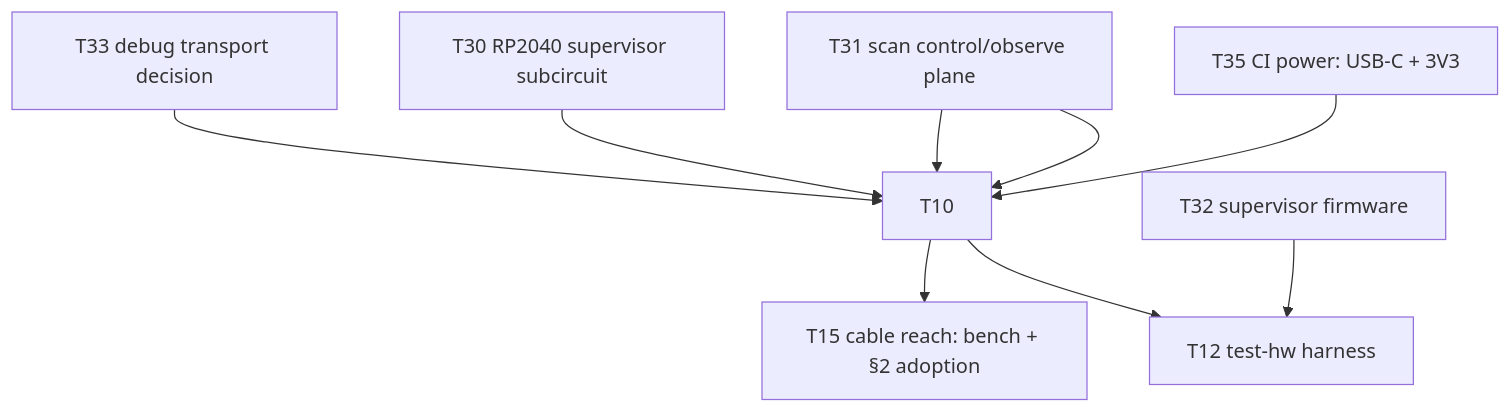
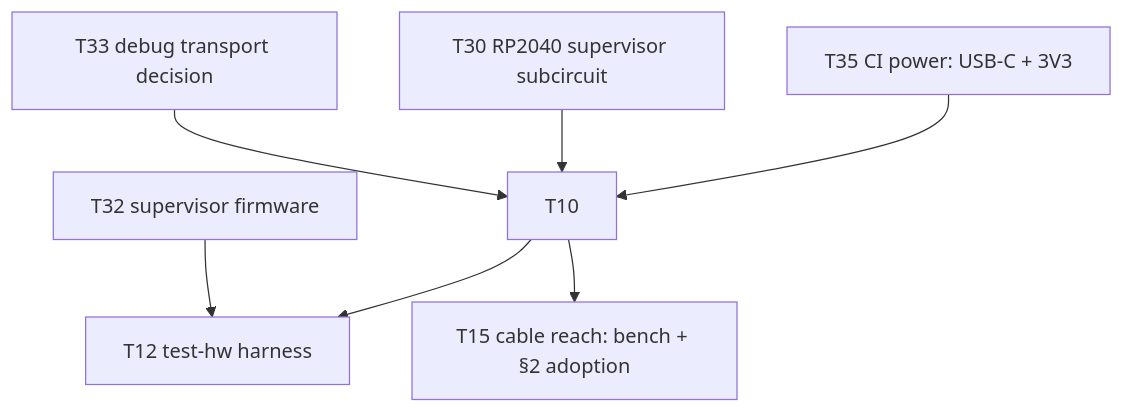
One commit to kristofferkoch/oparroy changed the diagram in KANBAN.md. Above: the diagram before and after it, drawn with Mermaid. The commit also changed other lines of this file and 9 other files, not shown here.

First line of the commit message:
docs: settle the CI scan control/observe plane

````diff
--- a/KANBAN.md
+++ b/KANBAN.md
@@ -34,11 +34,9 @@
 ```mermaid
 graph TD
-    T31[T31 scan control/observe plane] --> T10
     T35[T35 CI power: USB-C + 3V3] --> T10
     T30[T30 RP2040 supervisor subcircuit] --> T10
-    T31 --> T10
     T33[T33 debug transport decision] --> T10
     T10 --> T12[T12 test-hw harness]
     T10 --> T15[T15 cable reach: bench + §2 adoption]
     T32[T32 supervisor firmware] --> T12
 ```
````
